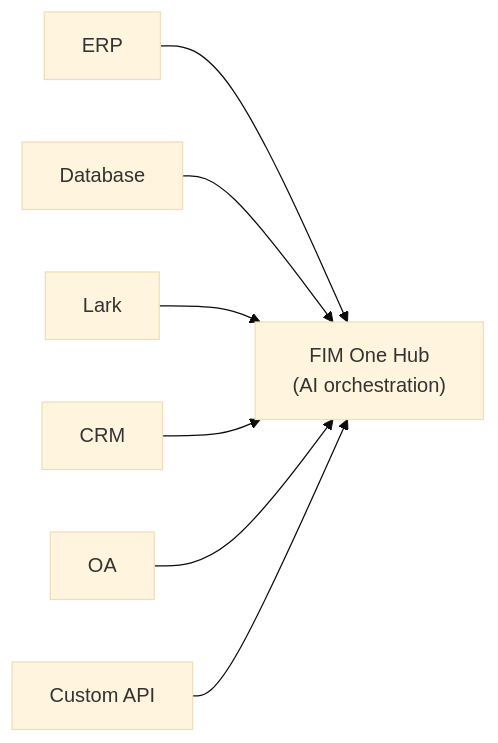
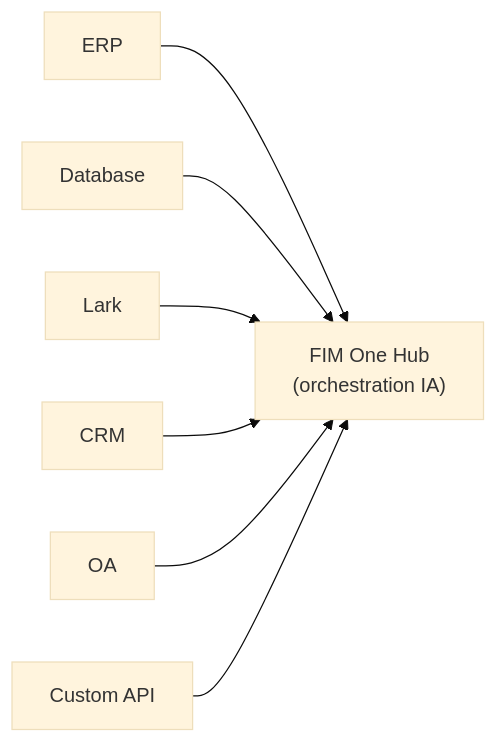
One commit to lucky20160622/fim-one changed the second of 3 diagrams in docs/fr/concepts/execution-modes.mdx. Above: the diagram before and after it, drawn with Mermaid (base theme). The commit also changed other lines of this file and 141 other files, not shown here.

````diff
--- a/docs/fr/concepts/execution-modes.mdx
+++ b/docs/fr/concepts/execution-modes.mdx
@@ -46,9 +56,9 @@
 ```mermaid
 flowchart LR
-  ERP --> Hub["FIM One Hub<br/>(AI orchestration)"]
+  ERP --> Hub["FIM One Hub<br/>(orchestration IA)"]
   Database --> Hub
   Lark --> Hub
   CRM --> Hub
   OA --> Hub
   CustomAPI["Custom API"] --> Hub
 ```
````
